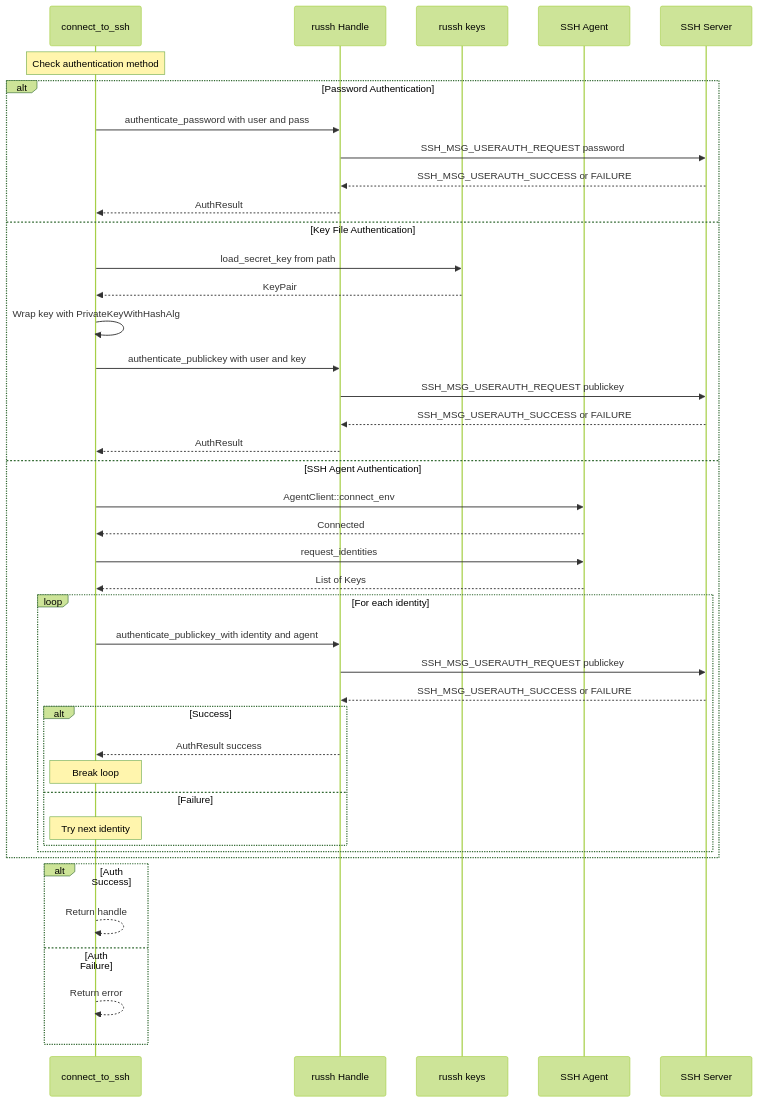
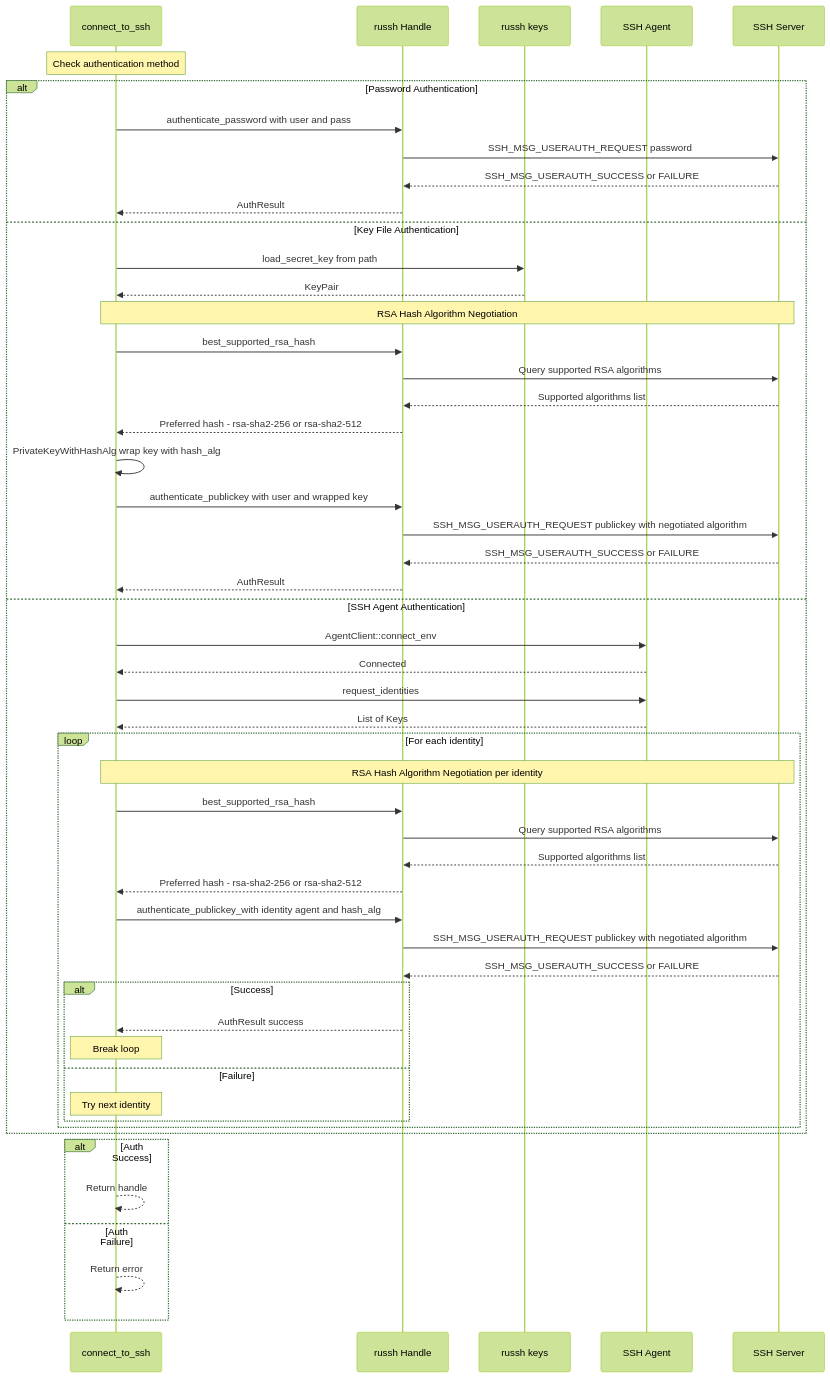
The fifth of 15 diagrams in docs/FLOWS.md (farchanjo/ssh-mcp), drawn with Mermaid (forest theme) before and after one commit. The commit also changed other lines of this file and 3 other files, not shown here.

First line of the commit message:
docs: update all documentation for RSA hash and modular architecture

````diff
--- a/docs/FLOWS.md
+++ b/docs/FLOWS.md
@@ -211,48 +219,63 @@
 ```mermaid
 sequenceDiagram
     participant SSH as connect_to_ssh
     participant Handle as russh Handle
     participant Keys as russh keys
     participant Agent as SSH Agent
     participant Server as SSH Server
 
     Note over SSH: Check authentication method
 
     alt Password Authentication
         SSH->>Handle: authenticate_password with user and pass
         Handle->>Server: SSH_MSG_USERAUTH_REQUEST password
         Server-->>Handle: SSH_MSG_USERAUTH_SUCCESS or FAILURE
         Handle-->>SSH: AuthResult
+
     else Key File Authentication
         SSH->>Keys: load_secret_key from path
         Keys-->>SSH: KeyPair
-        SSH->>SSH: Wrap key with PrivateKeyWithHashAlg
-        SSH->>Handle: authenticate_publickey with user and key
-        Handle->>Server: SSH_MSG_USERAUTH_REQUEST publickey
+
+        Note over SSH,Server: RSA Hash Algorithm Negotiation
+        SSH->>Handle: best_supported_rsa_hash
+        Handle->>Server: Query supported RSA algorithms
+        Server-->>Handle: Supported algorithms list
+        Handle-->>SSH: Preferred hash - rsa-sha2-256 or rsa-sha2-512
+
+        SSH->>SSH: PrivateKeyWithHashAlg wrap key with hash_alg
+        SSH->>Handle: authenticate_publickey with user and wrapped key
+        Handle->>Server: SSH_MSG_USERAUTH_REQUEST publickey with negotiated algorithm
         Server-->>Handle: SSH_MSG_USERAUTH_SUCCESS or FAILURE
         Handle-->>SSH: AuthResult
+
     else SSH Agent Authentication
         SSH->>Agent: AgentClient::connect_env
         Agent-->>SSH: Connected
         SSH->>Agent: request_identities
         Agent-->>SSH: List of Keys
 
         loop For each identity
-            SSH->>Handle: authenticate_publickey_with identity and agent
-            Handle->>Server: SSH_MSG_USERAUTH_REQUEST publickey
+            Note over SSH,Server: RSA Hash Algorithm Negotiation per identity
+            SSH->>Handle: best_supported_rsa_hash
+            Handle->>Server: Query supported RSA algorithms
+            Server-->>Handle: Supported algorithms list
+            Handle-->>SSH: Preferred hash - rsa-sha2-256 or rsa-sha2-512
+
+            SSH->>Handle: authenticate_publickey_with identity agent and hash_alg
+            Handle->>Server: SSH_MSG_USERAUTH_REQUEST publickey with negotiated algorithm
             Server-->>Handle: SSH_MSG_USERAUTH_SUCCESS or FAILURE
             alt Success
                 Handle-->>SSH: AuthResult success
                 Note over SSH: Break loop
             else Failure
                 Note over SSH: Try next identity
             end
         end
     end
 
     alt Auth Success
         SSH-->>SSH: Return handle
     else Auth Failure
         SSH-->>SSH: Return error
     end
 ```
````
